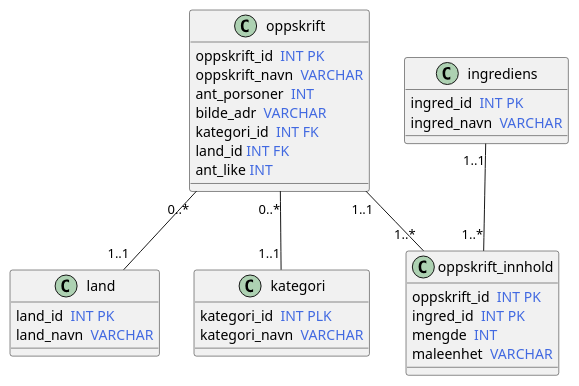
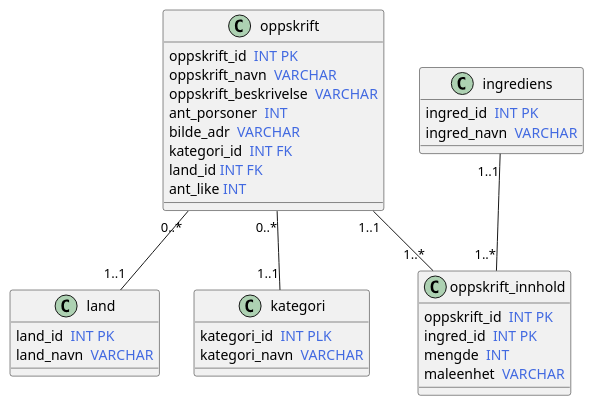
One commit to pettern11/matprat changed the diagram in databaseER.wsd. Above: the diagram before and after it, drawn with PlantUML. The commit also changed 1 other file, not shown here.

```diff
--- a/databaseER.wsd
+++ b/databaseER.wsd
@@ -1,40 +1,41 @@
 @startuml err
 
 Class oppskrift {
     oppskrift_id <color:royalBlue> INT PK 
     oppskrift_navn <color:royalBlue> VARCHAR
+    oppskrift_beskrivelse <color:royalBlue> VARCHAR
     ant_porsoner <color:royalBlue> INT
     bilde_adr <color:royalBlue> VARCHAR
     kategori_id <color:royalBlue> INT FK
     land_id <color:royalBlue>INT FK
     ant_like <color:royalBlue>INT
 
 }
 
 Class ingrediens{
     ingred_id <color:royalBlue> INT PK
     ingred_navn <color:royalBlue> VARCHAR
 }
 Class land{
     land_id <color:royalBlue> INT PK
     land_navn <color:royalBlue> VARCHAR
 }
 
 Class kategori{
     kategori_id <color:royalBlue> INT PLK
     kategori_navn <color:royalBlue> VARCHAR
 }
 
 Class oppskrift_innhold{
     oppskrift_id <color:royalBlue> INT PK
     ingred_id <color:royalBlue> INT PK
     mengde <color:royalBlue> INT
     maleenhet <color:royalBlue> VARCHAR
 }
 
 oppskrift  "0..*" -- "1..1" land
 oppskrift  "0..*" -- "1..1" kategori
 oppskrift "1..1" -- "1..*" oppskrift_innhold
 ingrediens "1..1" -- "1..*" oppskrift_innhold
 
 @enduml
```
